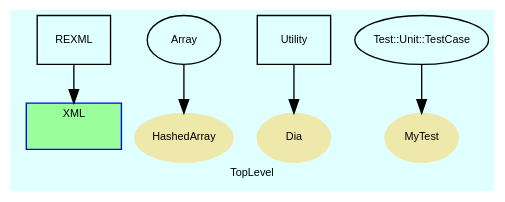
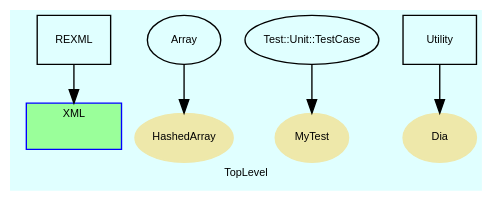
The diagram in doc/dot/f_1.dot (noda50/RubyItk), drawn with Graphviz before and after one commit. The commit also changed 92 other files, not shown here.

```diff
--- a/doc/dot/f_1.dot
+++ b/doc/dot/f_1.dot
@@ -1,94 +1,94 @@
 digraph TopLevel {
+    fontsize = 8
     compound = true
-    fontsize = 8
+    label = "TopLevel"
     fontname = Arial
-    label = "TopLevel"
     bgcolor = lightcyan1
     node [
-        color = black,
         fontsize = 8,
-        fontname = Arial
+        fontname = Arial,
+        color = black
     ]
 
     subgraph cluster_XML {
+        label = "XML"
+        URL = "classes/XML.html"
+        style = filled
+        fontname = Arial
         color = blue
         fillcolor = palegreen1
-        fontname = Arial
-        style = filled
-        label = "XML"
-        URL = "classes/XML.html"
         XML [
             shape = plaintext,
             height = 0.01,
             width = 0.75,
             label = ""
         ]
 
     }
 
     REXML [
         shape = box,
         URL = "classes/REXML.html",
         label = "REXML"
     ]
 
     REXML -> XML [
         lhead = cluster_XML
     ]
 
     HashedArray [
-        color = palegoldenrod,
         shape = ellipse,
         fontcolor = black,
+        URL = "classes/HashedArray.html",
         style = filled,
-        URL = "classes/HashedArray.html",
+        color = palegoldenrod,
         label = "HashedArray"
     ]
 
-    Dia [
-        color = palegoldenrod,
+    MyTest [
         shape = ellipse,
         fontcolor = black,
+        URL = "classes/MyTest.html",
         style = filled,
-        URL = "classes/Dia.html",
-        label = "Dia"
+        color = palegoldenrod,
+        label = "MyTest"
     ]
 
-    MyTest [
-        color = palegoldenrod,
+    Dia [
         shape = ellipse,
         fontcolor = black,
+        URL = "classes/Dia.html",
         style = filled,
-        URL = "classes/MyTest.html",
-        label = "MyTest"
+        color = palegoldenrod,
+        label = "Dia"
     ]
 
     Array [
         URL = "classes/Array.html",
         label = "Array"
     ]
 
     Array -> HashedArray [
+
+    ]
+
+    Test__Unit__TestCase [
+        URL = "classes/Test/Unit/TestCase.html",
+        label = "Test::Unit::TestCase"
+    ]
+
+    Test__Unit__TestCase -> MyTest [
 
     ]
 
     Utility [
         shape = box,
         URL = "classes/Utility.html",
         label = "Utility"
     ]
 
     Utility -> Dia [
 
     ]
 
-    Test__Unit__TestCase [
-        URL = "classes/Test/Unit/TestCase.html",
-        label = "Test::Unit::TestCase"
-    ]
-
-    Test__Unit__TestCase -> MyTest [
-
-    ]
-
 }
```
